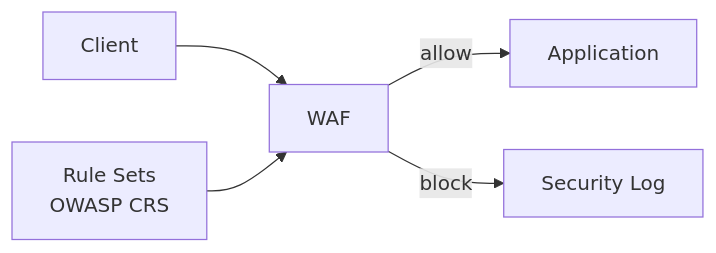
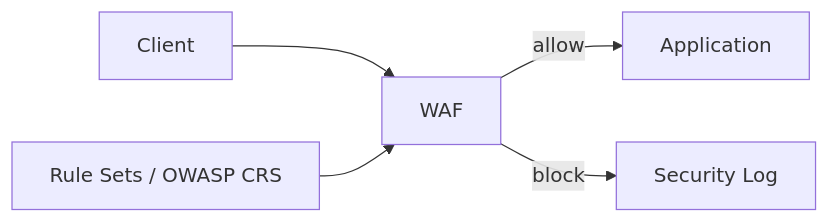
Diagram 23 of 25 in 10-security/README.md (hareramcse/SystemDesign), drawn with Mermaid before and after one commit. The commit also changed other lines of this file and 14 other files, not shown here.

````diff
--- a/10-security/README.md
+++ b/10-security/README.md
@@ -1358,7 +1358,7 @@
 ```mermaid
 flowchart LR
     Client[Client] --> WAF[WAF]
     WAF -->|allow| App[Application]
     WAF -->|block| Log[Security Log]
-    Rules[Rule Sets<br/>OWASP CRS] --> WAF
+    Rules[Rule Sets / OWASP CRS] --> WAF
 ```
````
